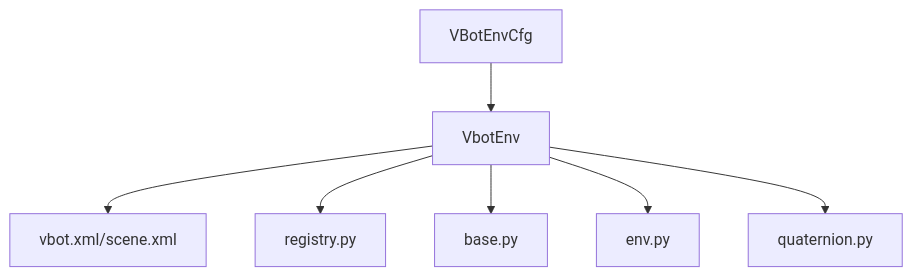
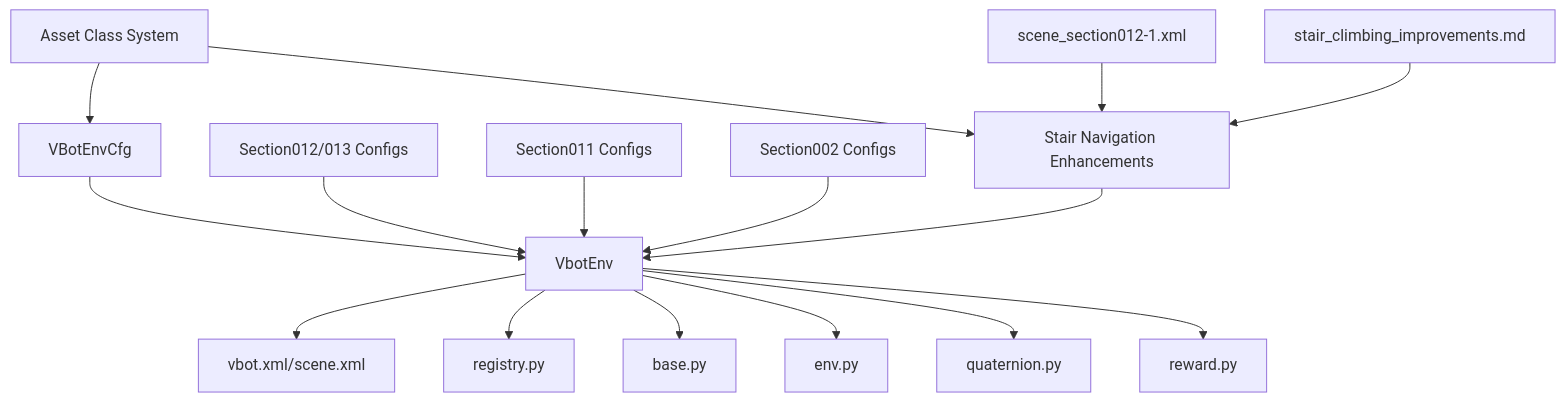
One commit to jayjayhust/MotrixLab changed the fourth of 4 diagrams in .qoder/repowiki/en/content/Navigation Environments/VBot Navigation/VBot Base Environment.md. Above: the diagram before and after it, drawn with Mermaid. The commit also changed other lines of this file and 15 other files, not shown here.

````diff
--- a/.qoder/repowiki/en/content/Navigation Environments/VBot Navigation/VBot Base Environment.md
+++ b/.qoder/repowiki/en/content/Navigation Environments/VBot Navigation/VBot Base Environment.md
@@ -382,9 +506,18 @@
 ```mermaid
 graph TB
 VBOT["VbotEnv"] --> XML["vbot.xml/scene.xml"]
 VBOT --> REG["registry.py"]
 VBOT --> BASE["base.py"]
 VBOT --> NPENV["env.py"]
 VBOT --> QUAT["quaternion.py"]
+VBOT --> REWARD["reward.py"]
 CFG["VBotEnvCfg"] --> VBOT
+CLIMB_CFG["Section012/013 Configs"] --> VBOT
+SECTION011_CFG["Section011 Configs"] --> VBOT
+SECTION002_CFG["Section002 Configs"] --> VBOT
+STAIR_ENHANCEMENTS["Stair Navigation Enhancements"] --> VBOT
+ASSET_SYSTEM["Asset Class System"] --> CFG
+ASSET_SYSTEM --> STAIR_ENHANCEMENTS
+STAIR_XML["scene_section012-1.xml"] --> STAIR_ENHANCEMENTS
+STAIR_IMPROVEMENTS["stair_climbing_improvements.md"] --> STAIR_ENHANCEMENTS
 ```
````
